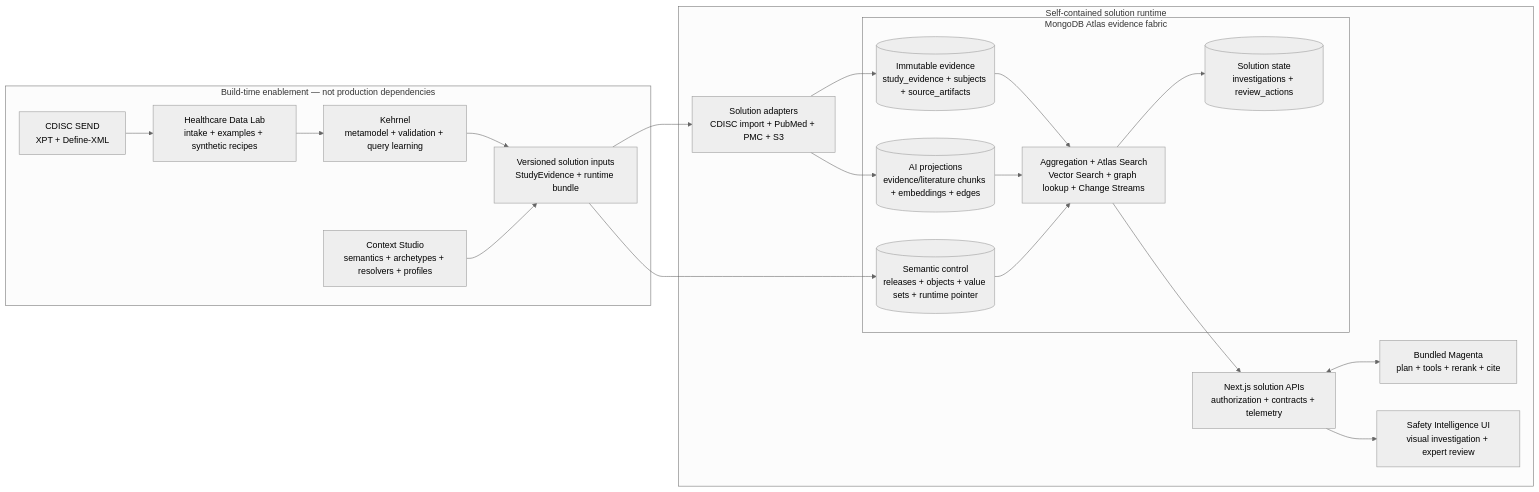
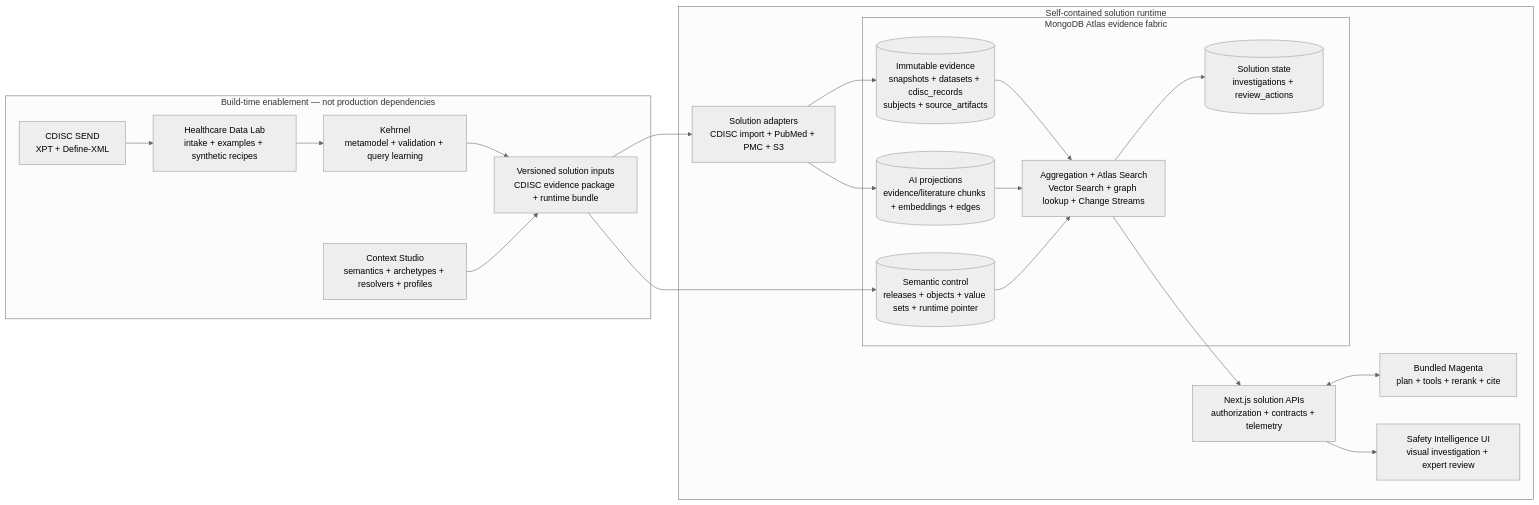
Before and after one commit to mongodb-industry-solutions/AI-Ready-Nonclinical-Safety: the diagram in docs/solution-architecture.md, drawn with Mermaid (neutral theme). The commit also changed other lines of this file and 12 other files, not shown here.

Commit message:
Trace safety signals to canonical CDISC evidence

````diff
--- a/docs/solution-architecture.md
+++ b/docs/solution-architecture.md
@@ -9,35 +9,35 @@
 ```mermaid
 flowchart LR
   subgraph Build[Build-time enablement — not production dependencies]
     SEND[CDISC SEND<br/>XPT + Define-XML]
     HDL[Healthcare Data Lab<br/>intake + examples + synthetic recipes]
     KEH[Kehrnel<br/>metamodel + validation + query learning]
     CTX[Context Studio<br/>semantics + archetypes + resolvers + profiles]
-    IMP[Versioned solution inputs<br/>StudyEvidence + runtime bundle]
+    IMP[Versioned solution inputs<br/>CDISC evidence package + runtime bundle]
     SEND --> HDL --> KEH --> IMP
     CTX --> IMP
   end
 
   subgraph Runtime[Self-contained solution runtime]
     ADP[Solution adapters<br/>CDISC import + PubMed + PMC + S3]
     subgraph Atlas[MongoDB Atlas evidence fabric]
-      E[(Immutable evidence<br/>study_evidence + subjects + source_artifacts)]
+      E[(Immutable evidence<br/>snapshots + datasets + cdisc_records<br/>subjects + source_artifacts)]
       P[(AI projections<br/>evidence/literature chunks + embeddings + edges)]
       S[(Semantic control<br/>releases + objects + value sets + runtime pointer)]
       W[(Solution state<br/>investigations + review_actions)]
       Q[Aggregation + Atlas Search<br/>Vector Search + graph lookup + Change Streams]
       E --> Q
       P --> Q
       S --> Q
       Q --> W
     end
     API[Next.js solution APIs<br/>authorization + contracts + telemetry]
     MAG[Bundled Magenta<br/>plan + tools + rerank + cite]
     UI[Safety Intelligence UI<br/>visual investigation + expert review]
     IMP --> ADP --> E
     ADP --> P
     IMP --> S
     Q --> API --> UI
     API <--> MAG
   end
 ```
````
